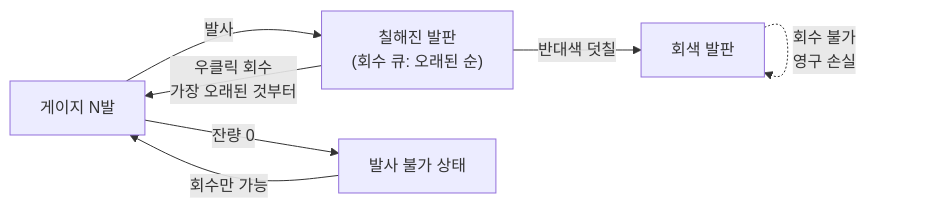
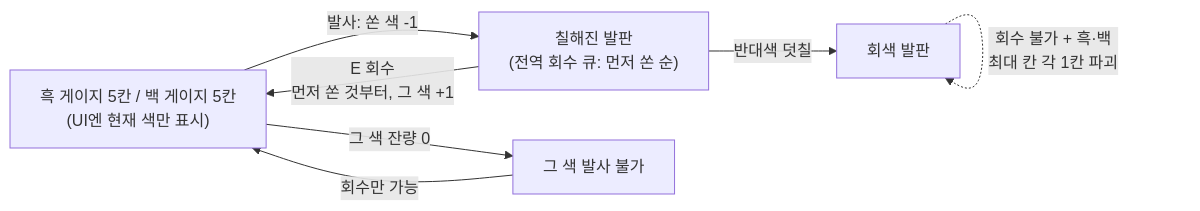
One commit to BlackBear1210/color changed the third of 6 diagrams in docs/기획서_규칙_플로우차트.md. Above: the diagram before and after it, drawn with Mermaid. The commit also changed other lines of this file and 24 other files, not shown here.

````diff
--- a/docs/기획서_규칙_플로우차트.md
+++ b/docs/기획서_규칙_플로우차트.md
@@ -155,9 +161,9 @@
 ```mermaid
 flowchart LR
-	A["게이지 N발"] -->|"발사"| B["칠해진 발판<br/>(회수 큐: 오래된 순)"]
-	B -->|"우클릭 회수<br/>가장 오래된 것부터"| A
+	A["흑 게이지 5칸 / 백 게이지 5칸<br/>(UI엔 현재 색만 표시)"] -->|"발사: 쏜 색 -1"| B["칠해진 발판<br/>(전역 회수 큐: 먼저 쏜 순)"]
+	B -->|"E 회수<br/>먼저 쏜 것부터, 그 색 +1"| A
 	B -->|"반대색 덧칠"| C["회색 발판"]
-	C -.->|"회수 불가<br/>영구 손실"| C
-	A -->|"잔량 0"| D["발사 불가 상태"]
+	C -.->|"회수 불가 + 흑·백<br/>최대 칸 각 1칸 파괴"| C
+	A -->|"그 색 잔량 0"| D["그 색 발사 불가"]
 	D -->|"회수만 가능"| A
 ```
````
